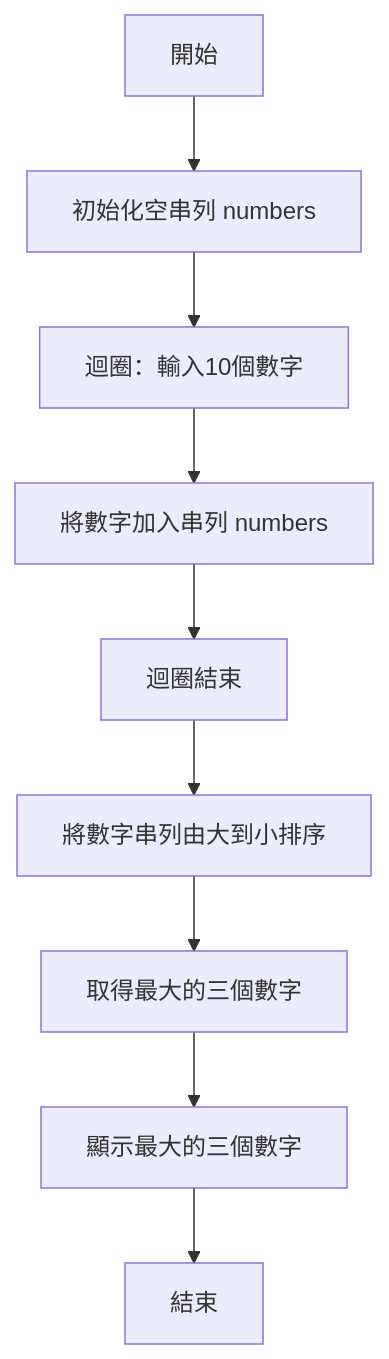
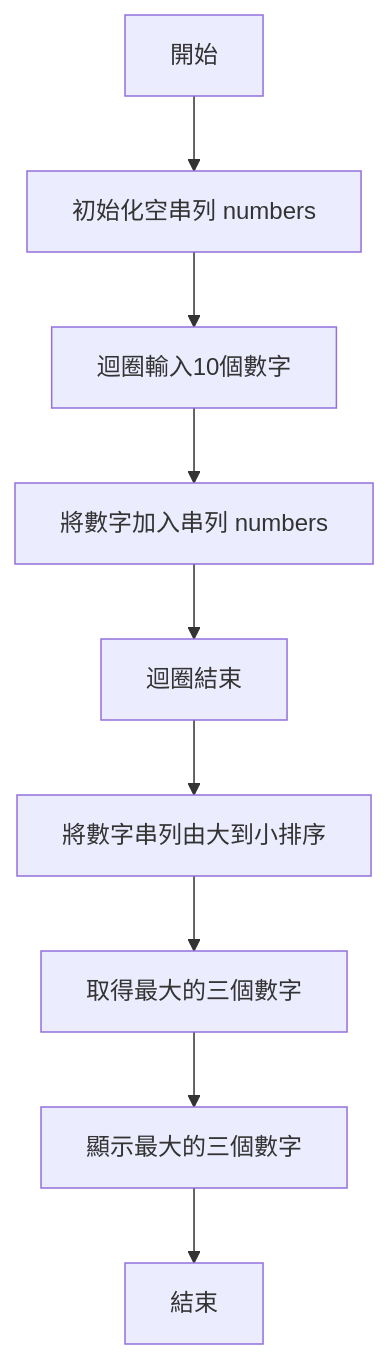
Before and after one commit to AhwuIOT/Mermaid_test: the diagram in 03.md, drawn with Mermaid. The commit also changed other lines of this file, not shown here.

````diff
--- a/03.md
+++ b/03.md
@@ -2,11 +3,11 @@
 ```mermaid
 graph TD;
 A[開始] --> B[初始化空串列 numbers]
-B --> C[迴圈：輸入10個數字]
+B --> C[迴圈輸入10個數字]
 C --> D[將數字加入串列 numbers]
 D --> E[迴圈結束]
 E --> F[將數字串列由大到小排序]
 F --> G[取得最大的三個數字]
 G --> H[顯示最大的三個數字]
 H --> I[結束]
 ```
````
